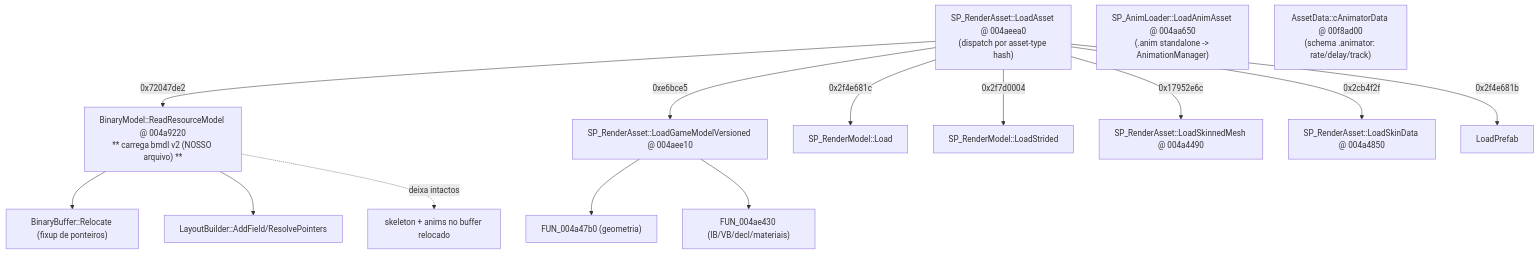
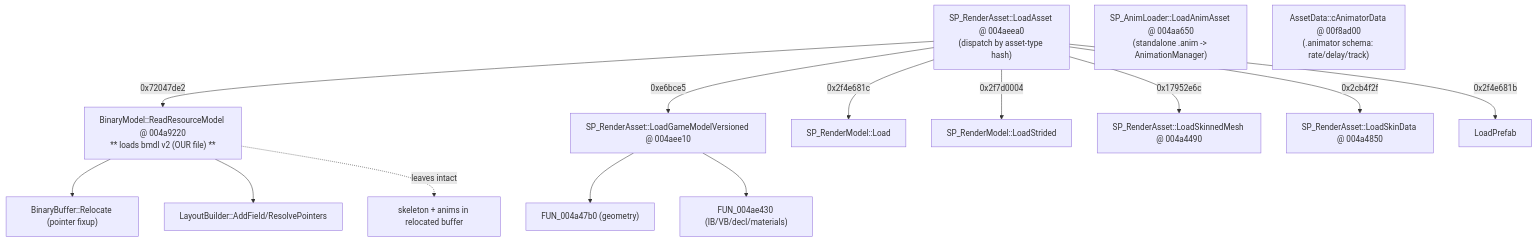
Before and after one commit to JeanxPereira/BMDL-Importer: the third of 3 diagrams in docs/BMDL_ANIMATION.md, drawn with Mermaid. The commit also changed other lines of this file and 5 other files, not shown here.

First line of the commit message:
🎨 feat: data-driven materials (33 labs shaders RE'd from .smt) + English docs

````diff
--- a/docs/BMDL_ANIMATION.md
+++ b/docs/BMDL_ANIMATION.md
@@ -137,21 +134,21 @@
 ```mermaid
 flowchart TD
-    LA["SP_RenderAsset::LoadAsset @ 004aeea0<br/>(dispatch por asset-type hash)"]
-    LA -->|0x72047de2| RRM["BinaryModel::ReadResourceModel @ 004a9220<br/>** carrega bmdl v2 (NOSSO arquivo) **"]
+    LA["SP_RenderAsset::LoadAsset @ 004aeea0<br/>(dispatch by asset-type hash)"]
+    LA -->|0x72047de2| RRM["BinaryModel::ReadResourceModel @ 004a9220<br/>** loads bmdl v2 (OUR file) **"]
     LA -->|0xe6bce5| LGM["SP_RenderAsset::LoadGameModelVersioned @ 004aee10"]
     LA -->|0x2f4e681c| RML["SP_RenderModel::Load"]
     LA -->|0x2f7d0004| RMS["SP_RenderModel::LoadStrided"]
     LA -->|0x17952e6c| LSM["SP_RenderAsset::LoadSkinnedMesh @ 004a4490"]
     LA -->|0x2cb4f2f| LSD["SP_RenderAsset::LoadSkinData @ 004a4850"]
     LA -->|0x2f4e681b| LP["LoadPrefab"]
 
-    RRM --> REL["BinaryBuffer::Relocate (fixup de ponteiros)"]
+    RRM --> REL["BinaryBuffer::Relocate (pointer fixup)"]
     RRM --> LB["LayoutBuilder::AddField/ResolvePointers"]
-    RRM -.deixa intactos.-> SKA["skeleton + anims no buffer relocado"]
+    RRM -.leaves intact.-> SKA["skeleton + anims in relocated buffer"]
 
-    LGM --> S1["FUN_004a47b0 (geometria)"]
-    LGM --> S2["FUN_004ae430 (IB/VB/decl/materiais)"]
+    LGM --> S1["FUN_004a47b0 (geometry)"]
+    LGM --> S2["FUN_004ae430 (IB/VB/decl/materials)"]
 
-    AL["SP_AnimLoader::LoadAnimAsset @ 004aa650<br/>(.anim standalone -> AnimationManager)"]
-    AD["AssetData::cAnimatorData @ 00f8ad00<br/>(schema .animator: rate/delay/track)"]
+    AL["SP_AnimLoader::LoadAnimAsset @ 004aa650<br/>(standalone .anim -> AnimationManager)"]
+    AD["AssetData::cAnimatorData @ 00f8ad00<br/>(.animator schema: rate/delay/track)"]
 ```
````
